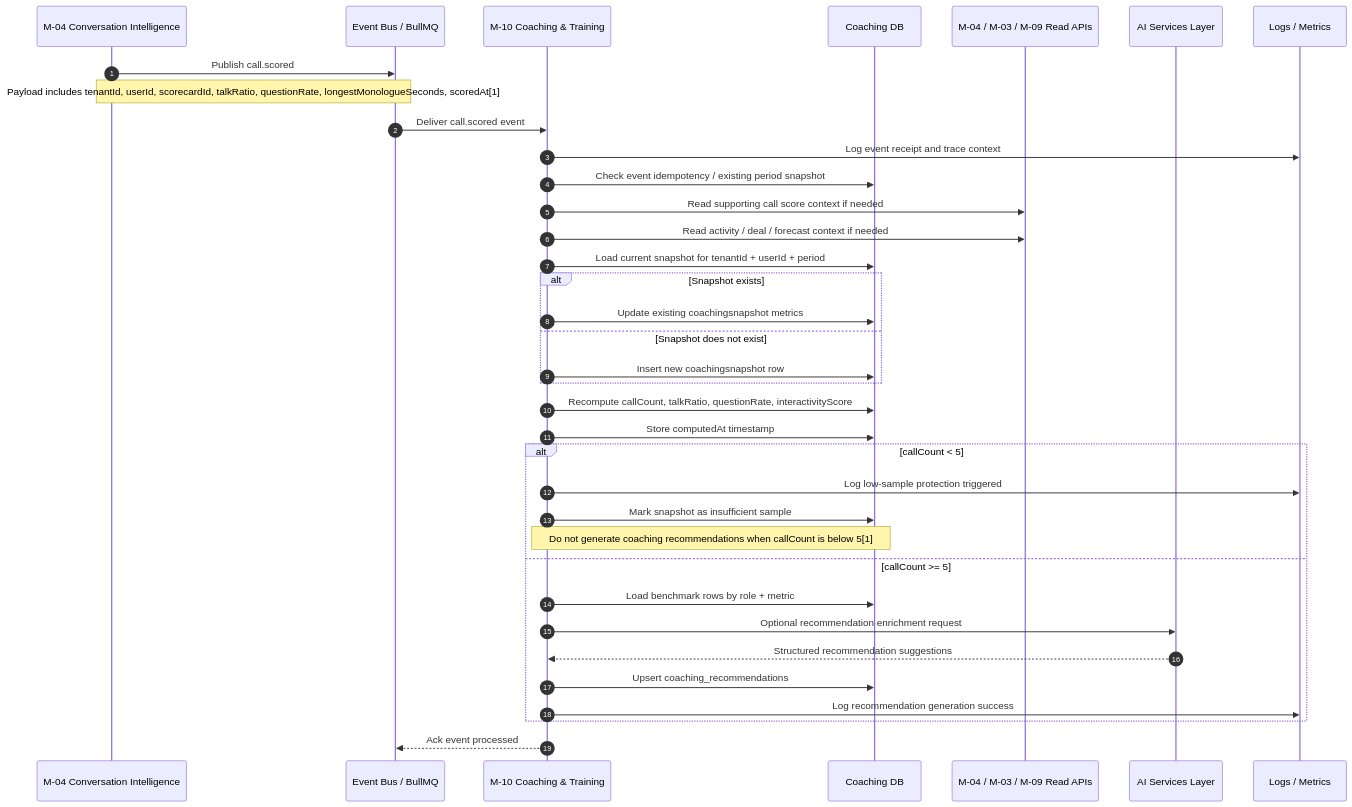
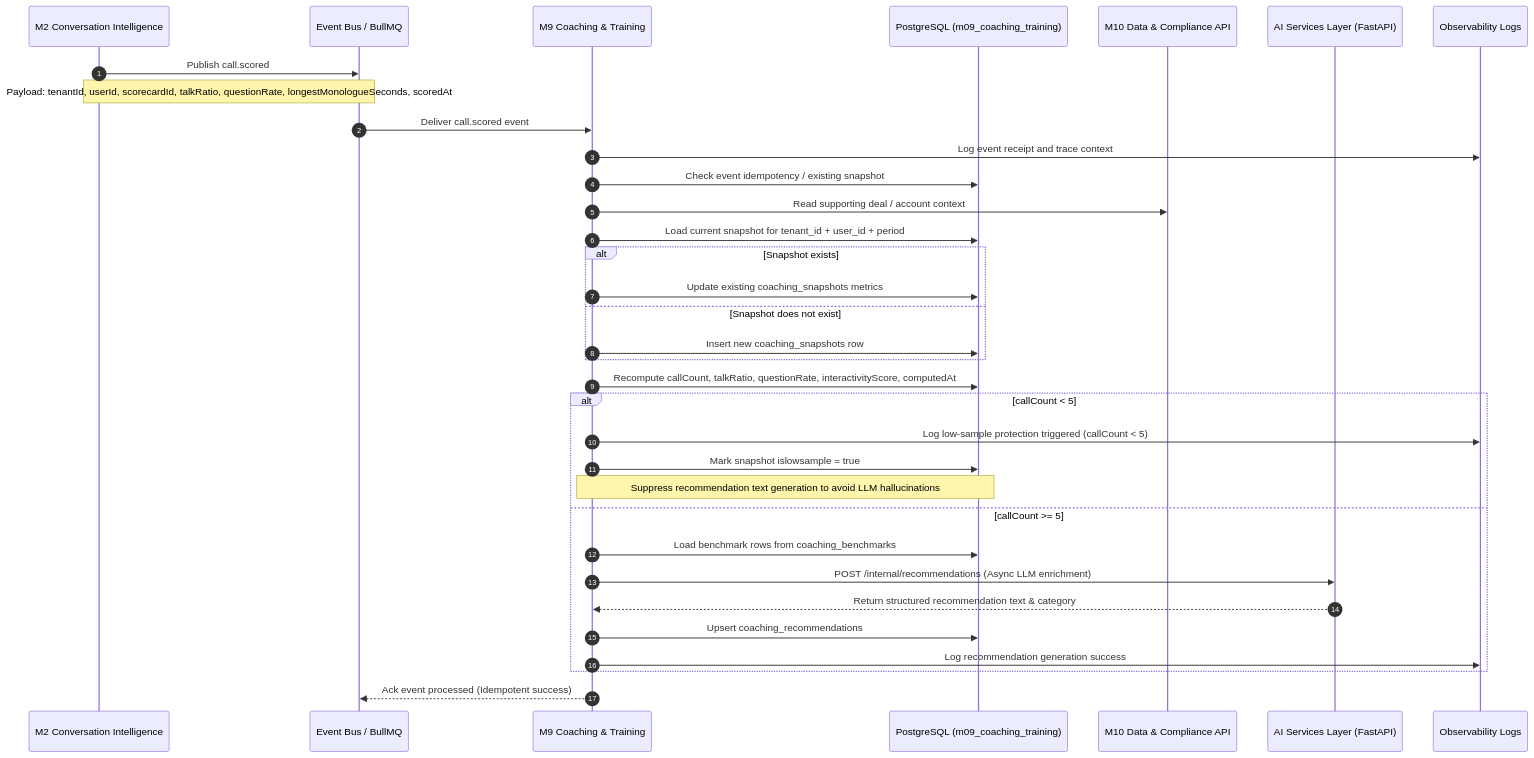
Before and after one commit to PoojaTiwari09/FB-and-RP-Fixes: the first of 4 diagrams in Reference documents/M9 Coaching & Training/Sequence Diagrams-M9 flows.md, drawn with Mermaid. The commit also changed other lines of this file and 79 other files, not shown here.

````diff
--- a/Reference documents/M9 Coaching & Training/Sequence Diagrams-M9 flows.md
+++ b/Reference documents/M9 Coaching & Training/Sequence Diagrams-M9 flows.md
@@ -43,45 +45,43 @@
 ```mermaid
 sequenceDiagram
     autonumber
-    participant M04 as M-04 Conversation Intelligence
+    participant M02 as M2 Conversation Intelligence
     participant BUS as Event Bus / BullMQ
-    participant M10 as M-10 Coaching & Training
-    participant DB as Coaching DB
-    participant API as M-04 / M-03 / M-09 Read APIs
-    participant AI as AI Services Layer
-    participant LOG as Logs / Metrics
+    participant M09 as M9 Coaching & Training
+    participant DB as PostgreSQL (m09_coaching_training)
+    participant API as M10 Data & Compliance API
+    participant AI as AI Services Layer (FastAPI)
+    participant LOG as Observability Logs
 
-    M04->>BUS: Publish call.scored
-    Note over M04,BUS: Payload includes tenantId, userId, scorecardId, talkRatio, questionRate, longestMonologueSeconds, scoredAt[1]
+    M02->>BUS: Publish call.scored
+    Note over M02,BUS: Payload: tenantId, userId, scorecardId, talkRatio, questionRate, longestMonologueSeconds, scoredAt
 
-    BUS->>M10: Deliver call.scored event
-    M10->>LOG: Log event receipt and trace context
+    BUS->>M09: Deliver call.scored event
+    M09->>LOG: Log event receipt and trace context
 
-    M10->>DB: Check event idempotency / existing period snapshot
-    M10->>API: Read supporting call score context if needed
-    M10->>API: Read activity / deal / forecast context if needed
-    M10->>DB: Load current snapshot for tenantId + userId + period
+    M09->>DB: Check event idempotency / existing snapshot
+    M09->>API: Read supporting deal / account context
+    M09->>DB: Load current snapshot for tenant_id + user_id + period
 
     alt Snapshot exists
-        M10->>DB: Update existing coachingsnapshot metrics
+        M09->>DB: Update existing coaching_snapshots metrics
     else Snapshot does not exist
-        M10->>DB: Insert new coachingsnapshot row
+        M09->>DB: Insert new coaching_snapshots row
     end
 
-    M10->>DB: Recompute callCount, talkRatio, questionRate, interactivityScore
-    M10->>DB: Store computedAt timestamp
+    M09->>DB: Recompute callCount, talkRatio, questionRate, interactivityScore, computedAt
 
     alt callCount < 5
-        M10->>LOG: Log low-sample protection triggered
-        M10->>DB: Mark snapshot as insufficient sample
-        Note over M10,DB: Do not generate coaching recommendations when callCount is below 5[1]
+        M09->>LOG: Log low-sample protection triggered (callCount < 5)
+        M09->>DB: Mark snapshot islowsample = true
+        Note over M09,DB: Suppress recommendation text generation to avoid LLM hallucinations
     else callCount >= 5
-        M10->>DB: Load benchmark rows by role + metric
-        M10->>AI: Optional recommendation enrichment request
-        AI-->>M10: Structured recommendation suggestions
-        M10->>DB: Upsert coaching_recommendations
-        M10->>LOG: Log recommendation generation success
+        M09->>DB: Load benchmark rows from coaching_benchmarks
+        M09->>AI: POST /internal/recommendations (Async LLM enrichment)
+        AI-->>M09: Return structured recommendation text & category
+        M09->>DB: Upsert coaching_recommendations
+        M09->>LOG: Log recommendation generation success
     end
 
-    M10-->>BUS: Ack event processed
+    M09-->>BUS: Ack event processed (Idempotent success)
 ```
````
